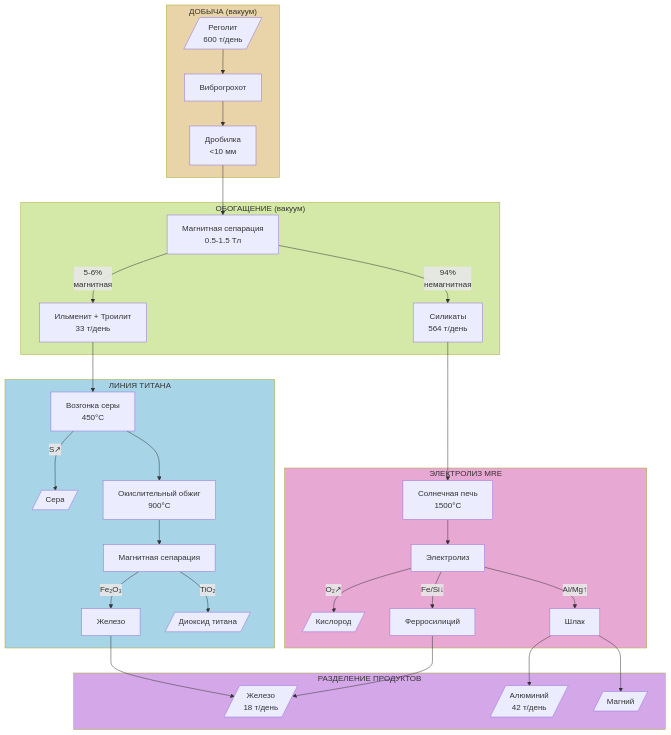
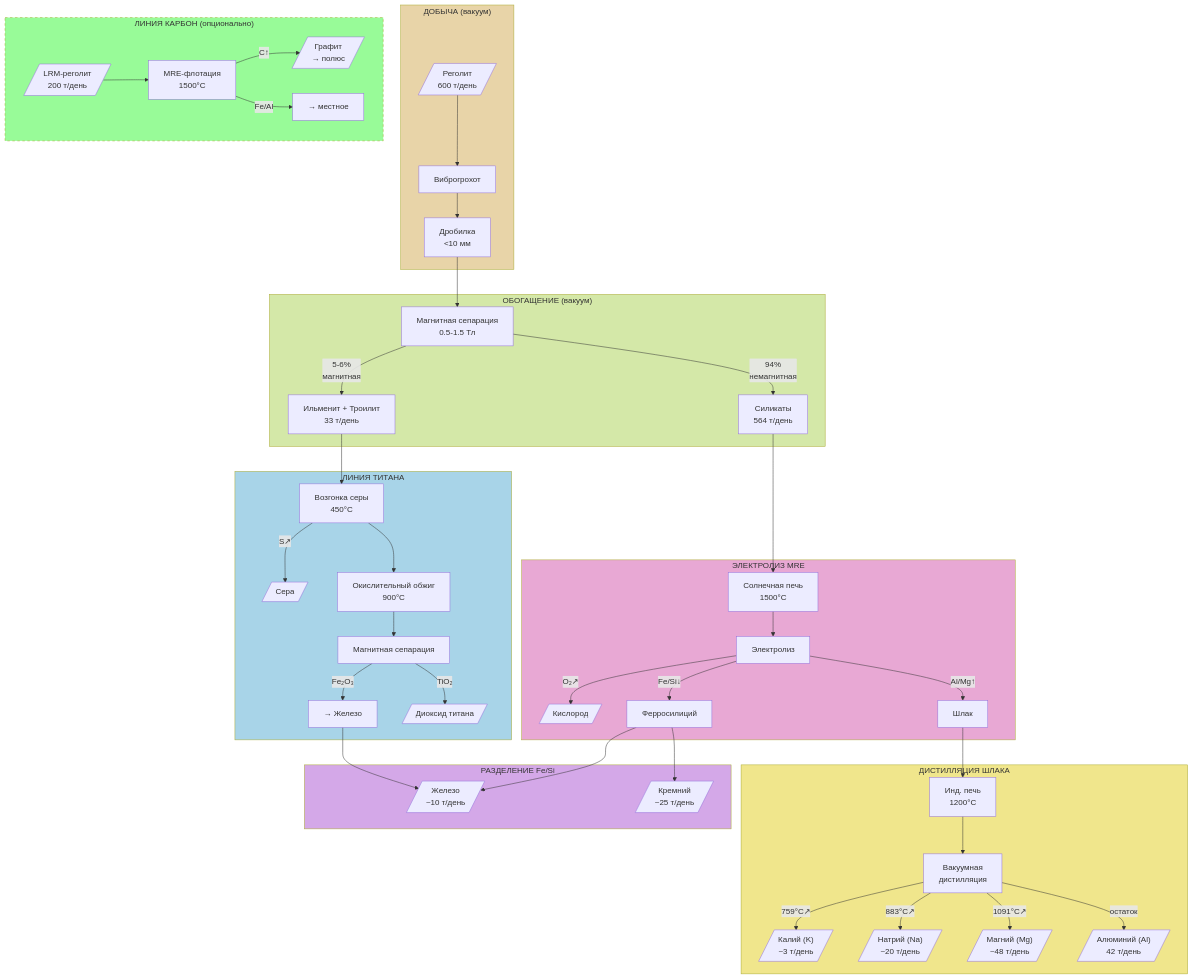
The diagram in ru/science/calculations/regolith-processing.qmd (DmitryNasikanov/infinite-energy), drawn with Mermaid before and after one commit. The commit also changed other lines of this file and 5 other files, not shown here.

````diff
--- a/ru/science/calculations/regolith-processing.qmd
+++ b/ru/science/calculations/regolith-processing.qmd
@@ -260,42 +16,58 @@
 ```{mermaid}
 flowchart TD
     subgraph ДОБЫЧА["ДОБЫЧА (вакуум)"]
         R[/"Реголит<br/>600 т/день"/] --> VG["Виброгрохот"] --> JC["Дробилка<br/><10 мм"]
     end
 
     subgraph ОБОГАЩЕНИЕ["ОБОГАЩЕНИЕ (вакуум)"]
         JC --> MS["Магнитная сепарация<br/>0.5-1.5 Тл"]
         MS -->|"5-6%<br/>магнитная"| MF["Ильменит + Троилит<br/>33 т/день"]
         MS -->|"94%<br/>немагнитная"| NMF["Силикаты<br/>564 т/день"]
     end
 
     subgraph Ti_LINE["ЛИНИЯ ТИТАНА"]
         MF --> TS["Возгонка серы<br/>450°C"]
         TS -->|"S↗"| S_out[/"Сера"/]
         TS --> OX["Окислительный обжиг<br/>900°C"]
         OX --> SEP2["Магнитная сепарация"]
-        SEP2 -->|"Fe₂O₃"| Fe_back["Железо"]
+        SEP2 -->|"Fe₂O₃"| Fe_back["→ Железо"]
         SEP2 -->|"TiO₂"| TiO2[/"Диоксид титана"/]
     end
 
     subgraph MRE_CELL["ЭЛЕКТРОЛИЗ MRE"]
         NMF --> SF["Солнечная печь<br/>1500°C"]
         SF --> EL["Электролиз"]
         EL -->|"O₂↗"| O2[/"Кислород"/]
         EL -->|"Fe/Si↓"| FeSi["Ферросилиций"]
         EL -->|"Al/Mg↑"| AlMg["Шлак"]
     end
 
-    subgraph РАЗДЕЛЕНИЕ["РАЗДЕЛЕНИЕ ПРОДУКТОВ"]
-        FeSi --> Fe[/"Железо<br/>18 т/день"/]
+    subgraph ТЯЖЁЛЫЕ["РАЗДЕЛЕНИЕ Fe/Si"]
+        FeSi --> Fe[/"Железо<br/>~10 т/день"/]
+        FeSi --> Si[/"Кремний<br/>~25 т/день"/]
         Fe_back --> Fe
-        AlMg --> Al[/"Алюминий<br/>42 т/день"/]
-        AlMg --> Mg[/"Магний"/]
+    end
+
+    subgraph ДИСТИЛЛЯЦИЯ["ДИСТИЛЛЯЦИЯ ШЛАКА"]
+        AlMg --> IND["Инд. печь<br/>1200°C"]
+        IND --> VAC["Вакуумная<br/>дистилляция"]
+        VAC -->|"759°C↗"| K_out[/"Калий (K)<br/>~3 т/день"/]
+        VAC -->|"883°C↗"| Na_out[/"Натрий (Na)<br/>~20 т/день"/]
+        VAC -->|"1091°C↗"| Mg_out[/"Магний (Mg)<br/>~48 т/день"/]
+        VAC -->|"остаток"| Al_out[/"Алюминий (Al)<br/>42 т/день"/]
+    end
+
+    subgraph КАРБОН["ЛИНИЯ КАРБОН (опционально)"]
+        LRM[/"LRM-реголит<br/>200 т/день"/] --> LRM_SF["MRE-флотация<br/>1500°C"]
+        LRM_SF -->|"C↑"| GRAPHITE[/"Графит<br/>→ полюс"/]
+        LRM_SF -->|"Fe/Al"| LRM_local["→ местное"]
     end
 
     style ДОБЫЧА fill:#e8d4a8
     style ОБОГАЩЕНИЕ fill:#d4e8a8
     style Ti_LINE fill:#a8d4e8
     style MRE_CELL fill:#e8a8d4
-    style РАЗДЕЛЕНИЕ fill:#d4a8e8
+    style ТЯЖЁЛЫЕ fill:#d4a8e8
+    style ДИСТИЛЛЯЦИЯ fill:#f0e68c
+    style КАРБОН fill:#98fb98,stroke-dasharray: 5 5
 ```
````
